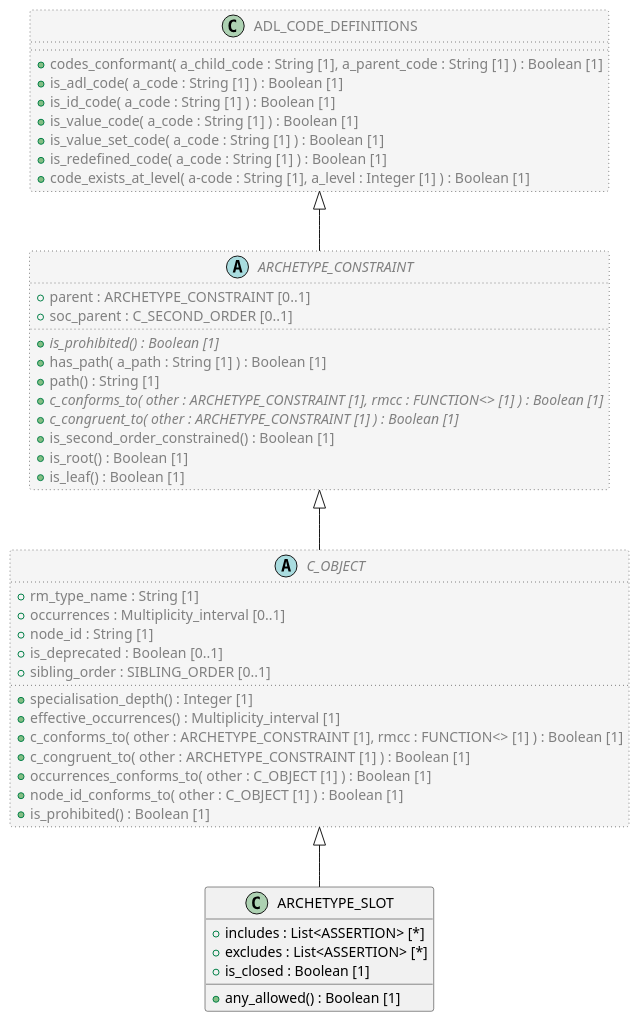
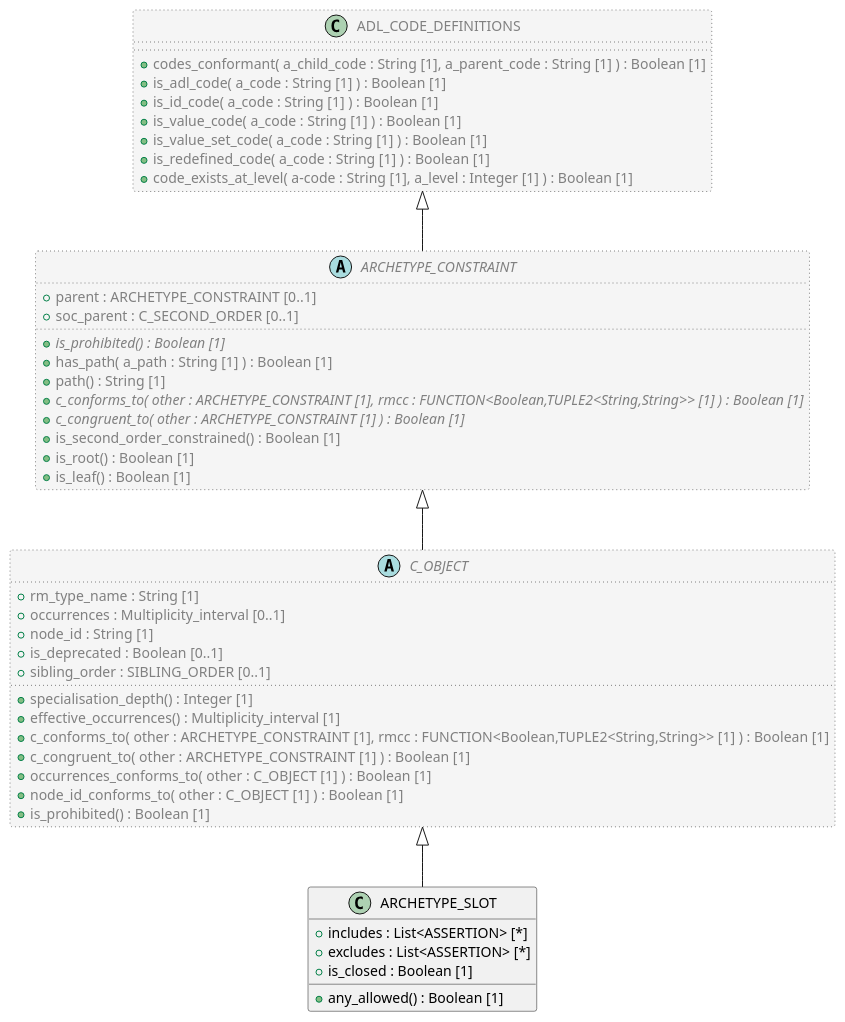
The diagram in code/Adoc/openehr_am_2.2.0/plantUML/classes/aom2.archetype_slot.adoc (sebastian-iancu/code-generator), drawn with PlantUML before and after one commit. The commit also changed 299 other files, not shown here.

```diff
--- a/code/Adoc/openehr_am_2.2.0/plantUML/classes/aom2.archetype_slot.adoc
+++ b/code/Adoc/openehr_am_2.2.0/plantUML/classes/aom2.archetype_slot.adoc
@@ -1,58 +1,58 @@
 [plantuml,ARCHETYPE_SLOT,format=svg]
 -----
 @startuml
 
 class ARCHETYPE_SLOT {
   + includes : List<ASSERTION> [*]
   + excludes : List<ASSERTION> [*]
   + is_closed : Boolean [1]
   + any_allowed() : Boolean [1]
 }
 
 abstract class C_OBJECT  #whitesmoke;line:gray;line.dotted;text:gray {
   + rm_type_name : String [1]
   + occurrences : Multiplicity_interval [0..1]
   + node_id : String [1]
   + is_deprecated : Boolean [0..1]
   + sibling_order : SIBLING_ORDER [0..1]
   + specialisation_depth() : Integer [1]
   + effective_occurrences() : Multiplicity_interval [1]
-  + c_conforms_to( other : ARCHETYPE_CONSTRAINT [1], rmcc : FUNCTION<> [1] ) : Boolean [1]
+  + c_conforms_to( other : ARCHETYPE_CONSTRAINT [1], rmcc : FUNCTION<Boolean,TUPLE2<String,String>> [1] ) : Boolean [1]
   + c_congruent_to( other : ARCHETYPE_CONSTRAINT [1] ) : Boolean [1]
   + occurrences_conforms_to( other : C_OBJECT [1] ) : Boolean [1]
   + node_id_conforms_to( other : C_OBJECT [1] ) : Boolean [1]
   + is_prohibited() : Boolean [1]
 }
 
 abstract class ARCHETYPE_CONSTRAINT  #whitesmoke;line:gray;line.dotted;text:gray {
   + parent : ARCHETYPE_CONSTRAINT [0..1]
   + soc_parent : C_SECOND_ORDER [0..1]
   + {abstract} is_prohibited() : Boolean [1]
   + has_path( a_path : String [1] ) : Boolean [1]
   + path() : String [1]
-  + {abstract} c_conforms_to( other : ARCHETYPE_CONSTRAINT [1], rmcc : FUNCTION<> [1] ) : Boolean [1]
+  + {abstract} c_conforms_to( other : ARCHETYPE_CONSTRAINT [1], rmcc : FUNCTION<Boolean,TUPLE2<String,String>> [1] ) : Boolean [1]
   + {abstract} c_congruent_to( other : ARCHETYPE_CONSTRAINT [1] ) : Boolean [1]
   + is_second_order_constrained() : Boolean [1]
   + is_root() : Boolean [1]
   + is_leaf() : Boolean [1]
 }
 
 class ADL_CODE_DEFINITIONS  #whitesmoke;line:gray;line.dotted;text:gray {
   + codes_conformant( a_child_code : String [1], a_parent_code : String [1] ) : Boolean [1]
   + is_adl_code( a_code : String [1] ) : Boolean [1]
   + is_id_code( a_code : String [1] ) : Boolean [1]
   + is_value_code( a_code : String [1] ) : Boolean [1]
   + is_value_set_code( a_code : String [1] ) : Boolean [1]
   + is_redefined_code( a_code : String [1] ) : Boolean [1]
   + code_exists_at_level( a-code : String [1], a_level : Integer [1] ) : Boolean [1]
 }
 
 ADL_CODE_DEFINITIONS <|-- ARCHETYPE_CONSTRAINT
 
 ARCHETYPE_CONSTRAINT <|-- C_OBJECT
 
 C_OBJECT <|-- ARCHETYPE_SLOT
 
 
 @enduml
 -----
```
